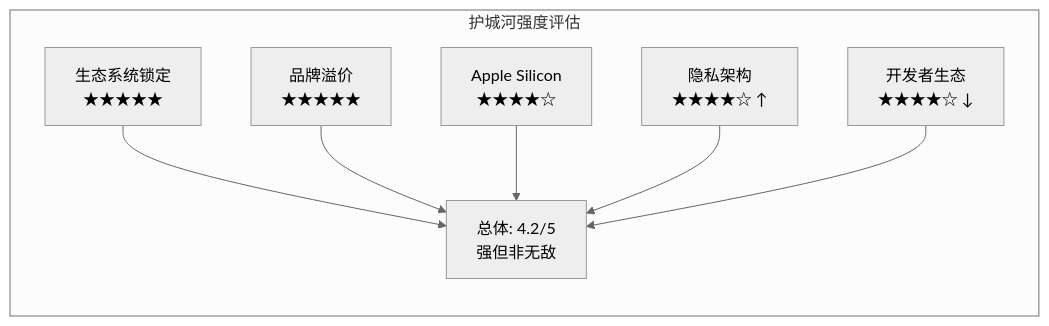
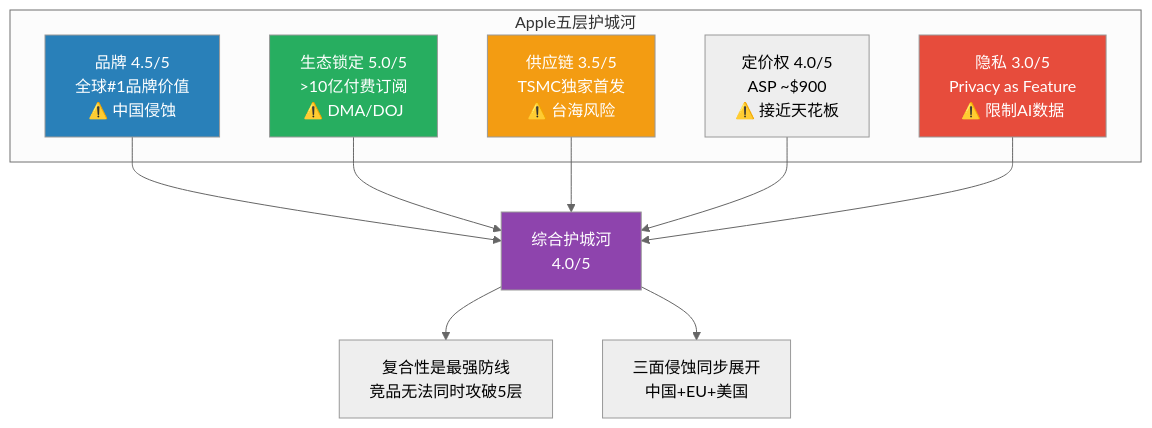
The sixth of 8 diagrams in reports/AAPL/staging/AAPL_P1_AgentA.md (miltonnewyork25-afk/investment-master), drawn with Mermaid (neutral theme) before and after one commit. The commit also changed other lines of this file and 2 other files, not shown here.

````diff
--- a/reports/AAPL/staging/AAPL_P1_AgentA.md
+++ b/reports/AAPL/staging/AAPL_P1_AgentA.md
@@ -516,10 +626,25 @@
 ```mermaid
-graph LR
-    subgraph "护城河强度评估"
-    A[生态系统锁定<br/>★★★★★] --> E[总体: 4.2/5<br/>强但非无敌]
-    B[品牌溢价<br/>★★★★★] --> E
-    C[Apple Silicon<br/>★★★★☆] --> E
-    D[隐私架构<br/>★★★★☆ ↑] --> E
-    F[开发者生态<br/>★★★★☆ ↓] --> E
+graph TD
+    subgraph "Apple五层护城河"
+        B[品牌 4.5/5<br/>全球#1品牌价值<br/>⚠️ 中国侵蚀]
+        E[生态锁定 5.0/5<br/>>10亿付费订阅<br/>⚠️ DMA/DOJ]
+        SC[供应链 3.5/5<br/>TSMC独家首发<br/>⚠️ 台海风险]
+        PR[定价权 4.0/5<br/>ASP ~$900<br/>⚠️ 接近天花板]
+        PV[隐私 3.0/5<br/>Privacy as Feature<br/>⚠️ 限制AI数据]
     end
+
+    B --> C[综合护城河<br/>4.0/5]
+    E --> C
+    SC --> C
+    PR --> C
+    PV --> C
+
+    C --> D[复合性是最强防线<br/>竞品无法同时攻破5层]
+    C --> F[三面侵蚀同步展开<br/>中国+EU+美国]
+
+    style E fill:#27ae60,color:white
+    style B fill:#2980b9,color:white
+    style SC fill:#f39c12,color:white
+    style PV fill:#e74c3c,color:white
+    style C fill:#8e44ad,color:white
 ```
````
